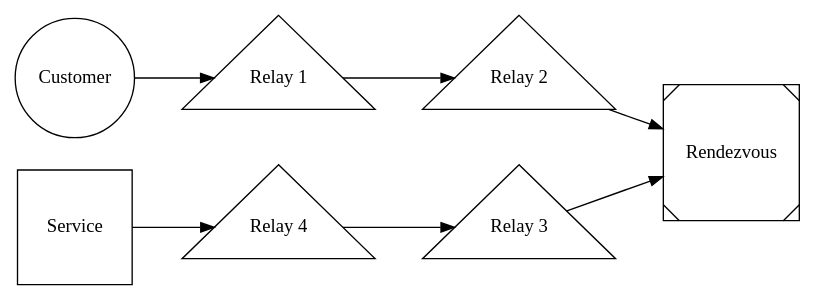
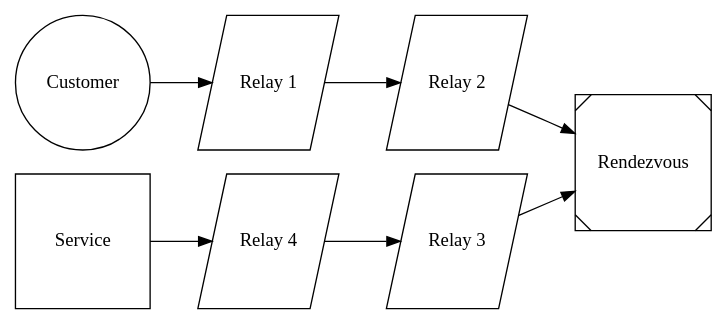
Before and after one commit to Gustav-Simonsson/orchid-whitepaper: the diagram in src/figures/sttRttc.dot, drawn with Graphviz. The commit also changed 7 other files, not shown here.

```diff
--- a/src/figures/sttRttc.dot
+++ b/src/figures/sttRttc.dot
@@ -1,18 +1,18 @@
 digraph G {
-				Customer [shape=circle, height=1.2];
-				"Relay 1" [shape=triangle, height=1.3];
-				"Relay 2" [shape=triangle, height=1.3];
-				Rendezvous [shape=Msquare, height=1.2];
-				"Relay 3" [shape=triangle, height=1.3];
-				"Relay 4" [shape=triangle, height=1.3];
-				Service [shape=square, height=1.2];
+				Customer [shape=circle, height=1.4];
+				"Relay 1" [shape=parallelogram, height=1.4];
+				"Relay 2" [shape=parallelogram, height=1.4];
+				Rendezvous [shape=Msquare, height=1.4];
+				"Relay 3" [shape=parallelogram, height=1.4];
+				"Relay 4" [shape=parallelogram, height=1.4];
+				Service [shape=square, height=1.4];
 
 				rankdir=LR;
 
 				Customer -> "Relay 1";
 				"Relay 1" -> "Relay 2";
 				"Relay 2" -> Rendezvous;
 				"Relay 3" -> Rendezvous;
 				"Relay 4" -> "Relay 3";
 				Service -> "Relay 4";
 }
```
